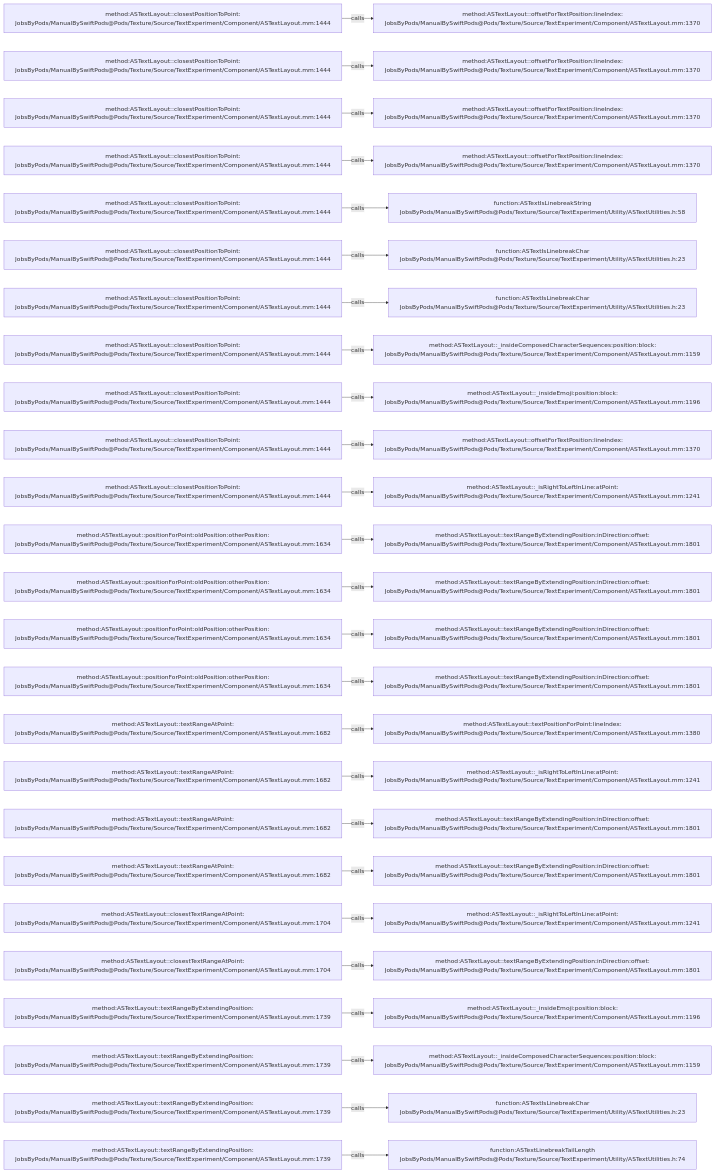
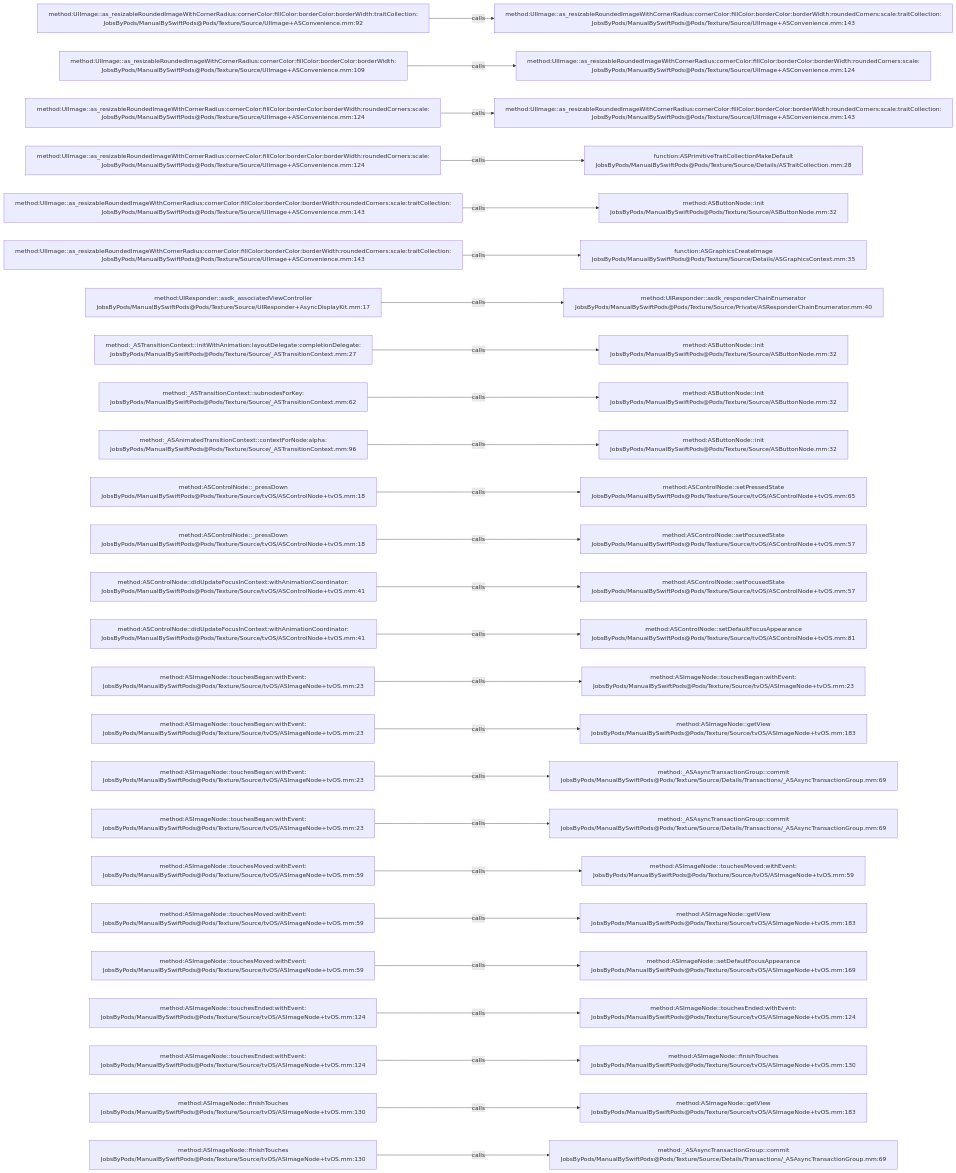
One commit to JobsKits/JobsSwiftBaseConfigDemo changed the diagram in .codegraph/codegraph.md/graphs/calls-152.md. Above: the diagram before and after it, drawn with Mermaid. The commit also changed 832 other files, not shown here.

````diff
--- a/.codegraph/codegraph.md/graphs/calls-152.md
+++ b/.codegraph/codegraph.md/graphs/calls-152.md
@@ -13,78 +13,78 @@
 ```mermaid
 flowchart LR
-  S1["method:ASTextLayout::closestPositionToPoint:<br/>JobsByPods/ManualBySwiftPods@Pods/Texture/Source/TextExperiment/Component/ASTextLayout.mm:1444"]
-  T1["method:ASTextLayout::offsetForTextPosition:lineIndex:<br/>JobsByPods/ManualBySwiftPods@Pods/Texture/Source/TextExperiment/Component/ASTextLayout.mm:1370"]
+  S1["method:UIImage::as_resizableRoundedImageWithCornerRadius:cornerColor:fillColor:borderColor:borderWidth:traitCollection:<br/>JobsByPods/ManualBySwiftPods@Pods/Texture/Source/UIImage+ASConvenience.mm:92"]
+  T1["method:UIImage::as_resizableRoundedImageWithCornerRadius:cornerColor:fillColor:borderColor:borderWidth:roundedCorners:scale:traitCollection:<br/>JobsByPods/ManualBySwiftPods@Pods/Texture/Source/UIImage+ASConvenience.mm:143"]
   S1 -->|calls| T1
-  S2["method:ASTextLayout::closestPositionToPoint:<br/>JobsByPods/ManualBySwiftPods@Pods/Texture/Source/TextExperiment/Component/ASTextLayout.mm:1444"]
-  T2["method:ASTextLayout::offsetForTextPosition:lineIndex:<br/>JobsByPods/ManualBySwiftPods@Pods/Texture/Source/TextExperiment/Component/ASTextLayout.mm:1370"]
+  S2["method:UIImage::as_resizableRoundedImageWithCornerRadius:cornerColor:fillColor:borderColor:borderWidth:<br/>JobsByPods/ManualBySwiftPods@Pods/Texture/Source/UIImage+ASConvenience.mm:109"]
+  T2["method:UIImage::as_resizableRoundedImageWithCornerRadius:cornerColor:fillColor:borderColor:borderWidth:roundedCorners:scale:<br/>JobsByPods/ManualBySwiftPods@Pods/Texture/Source/UIImage+ASConvenience.mm:124"]
   S2 -->|calls| T2
-  S3["method:ASTextLayout::closestPositionToPoint:<br/>JobsByPods/ManualBySwiftPods@Pods/Texture/Source/TextExperiment/Component/ASTextLayout.mm:1444"]
-  T3["method:ASTextLayout::offsetForTextPosition:lineIndex:<br/>JobsByPods/ManualBySwiftPods@Pods/Texture/Source/TextExperiment/Component/ASTextLayout.mm:1370"]
+  S3["method:UIImage::as_resizableRoundedImageWithCornerRadius:cornerColor:fillColor:borderColor:borderWidth:roundedCorners:scale:<br/>JobsByPods/ManualBySwiftPods@Pods/Texture/Source/UIImage+ASConvenience.mm:124"]
+  T3["method:UIImage::as_resizableRoundedImageWithCornerRadius:cornerColor:fillColor:borderColor:borderWidth:roundedCorners:scale:traitCollection:<br/>JobsByPods/ManualBySwiftPods@Pods/Texture/Source/UIImage+ASConvenience.mm:143"]
   S3 -->|calls| T3
-  S4["method:ASTextLayout::closestPositionToPoint:<br/>JobsByPods/ManualBySwiftPods@Pods/Texture/Source/TextExperiment/Component/ASTextLayout.mm:1444"]
-  T4["method:ASTextLayout::offsetForTextPosition:lineIndex:<br/>JobsByPods/ManualBySwiftPods@Pods/Texture/Source/TextExperiment/Component/ASTextLayout.mm:1370"]
+  S4["method:UIImage::as_resizableRoundedImageWithCornerRadius:cornerColor:fillColor:borderColor:borderWidth:roundedCorners:scale:<br/>JobsByPods/ManualBySwiftPods@Pods/Texture/Source/UIImage+ASConvenience.mm:124"]
+  T4["function:ASPrimitiveTraitCollectionMakeDefault<br/>JobsByPods/ManualBySwiftPods@Pods/Texture/Source/Details/ASTraitCollection.mm:28"]
   S4 -->|calls| T4
-  S5["method:ASTextLayout::closestPositionToPoint:<br/>JobsByPods/ManualBySwiftPods@Pods/Texture/Source/TextExperiment/Component/ASTextLayout.mm:1444"]
-  T5["function:ASTextIsLinebreakString<br/>JobsByPods/ManualBySwiftPods@Pods/Texture/Source/TextExperiment/Utility/ASTextUtilities.h:58"]
+  S5["method:UIImage::as_resizableRoundedImageWithCornerRadius:cornerColor:fillColor:borderColor:borderWidth:roundedCorners:scale:traitCollection:<br/>JobsByPods/ManualBySwiftPods@Pods/Texture/Source/UIImage+ASConvenience.mm:143"]
+  T5["method:ASButtonNode::init<br/>JobsByPods/ManualBySwiftPods@Pods/Texture/Source/ASButtonNode.mm:32"]
   S5 -->|calls| T5
-  S6["method:ASTextLayout::closestPositionToPoint:<br/>JobsByPods/ManualBySwiftPods@Pods/Texture/Source/TextExperiment/Component/ASTextLayout.mm:1444"]
-  T6["function:ASTextIsLinebreakChar<br/>JobsByPods/ManualBySwiftPods@Pods/Texture/Source/TextExperiment/Utility/ASTextUtilities.h:23"]
+  S6["method:UIImage::as_resizableRoundedImageWithCornerRadius:cornerColor:fillColor:borderColor:borderWidth:roundedCorners:scale:traitCollection:<br/>JobsByPods/ManualBySwiftPods@Pods/Texture/Source/UIImage+ASConvenience.mm:143"]
+  T6["function:ASGraphicsCreateImage<br/>JobsByPods/ManualBySwiftPods@Pods/Texture/Source/Details/ASGraphicsContext.mm:35"]
   S6 -->|calls| T6
-  S7["method:ASTextLayout::closestPositionToPoint:<br/>JobsByPods/ManualBySwiftPods@Pods/Texture/Source/TextExperiment/Component/ASTextLayout.mm:1444"]
-  T7["function:ASTextIsLinebreakChar<br/>JobsByPods/ManualBySwiftPods@Pods/Texture/Source/TextExperiment/Utility/ASTextUtilities.h:23"]
+  S7["method:UIResponder::asdk_associatedViewController<br/>JobsByPods/ManualBySwiftPods@Pods/Texture/Source/UIResponder+AsyncDisplayKit.mm:17"]
+  T7["method:UIResponder::asdk_responderChainEnumerator<br/>JobsByPods/ManualBySwiftPods@Pods/Texture/Source/Private/ASResponderChainEnumerator.mm:40"]
   S7 -->|calls| T7
-  S8["method:ASTextLayout::closestPositionToPoint:<br/>JobsByPods/ManualBySwiftPods@Pods/Texture/Source/TextExperiment/Component/ASTextLayout.mm:1444"]
-  T8["method:ASTextLayout::_insideComposedCharacterSequences:position:block:<br/>JobsByPods/ManualBySwiftPods@Pods/Texture/Source/TextExperiment/Component/ASTextLayout.mm:1159"]
+  S8["method:_ASTransitionContext::initWithAnimation:layoutDelegate:completionDelegate:<br/>JobsByPods/ManualBySwiftPods@Pods/Texture/Source/_ASTransitionContext.mm:27"]
+  T8["method:ASButtonNode::init<br/>JobsByPods/ManualBySwiftPods@Pods/Texture/Source/ASButtonNode.mm:32"]
   S8 -->|calls| T8
-  S9["method:ASTextLayout::closestPositionToPoint:<br/>JobsByPods/ManualBySwiftPods@Pods/Texture/Source/TextExperiment/Component/ASTextLayout.mm:1444"]
-  T9["method:ASTextLayout::_insideEmoji:position:block:<br/>JobsByPods/ManualBySwiftPods@Pods/Texture/Source/TextExperiment/Component/ASTextLayout.mm:1196"]
+  S9["method:_ASTransitionContext::subnodesForKey:<br/>JobsByPods/ManualBySwiftPods@Pods/Texture/Source/_ASTransitionContext.mm:62"]
+  T9["method:ASButtonNode::init<br/>JobsByPods/ManualBySwiftPods@Pods/Texture/Source/ASButtonNode.mm:32"]
   S9 -->|calls| T9
-  S10["method:ASTextLayout::closestPositionToPoint:<br/>JobsByPods/ManualBySwiftPods@Pods/Texture/Source/TextExperiment/Component/ASTextLayout.mm:1444"]
-  T10["method:ASTextLayout::offsetForTextPosition:lineIndex:<br/>JobsByPods/ManualBySwiftPods@Pods/Texture/Source/TextExperiment/Component/ASTextLayout.mm:1370"]
+  S10["method:_ASAnimatedTransitionContext::contextForNode:alpha:<br/>JobsByPods/ManualBySwiftPods@Pods/Texture/Source/_ASTransitionContext.mm:96"]
+  T10["method:ASButtonNode::init<br/>JobsByPods/ManualBySwiftPods@Pods/Texture/Source/ASButtonNode.mm:32"]
   S10 -->|calls| T10
-  S11["method:ASTextLayout::closestPositionToPoint:<br/>JobsByPods/ManualBySwiftPods@Pods/Texture/Source/TextExperiment/Component/ASTextLayout.mm:1444"]
-  T11["method:ASTextLayout::_isRightToLeftInLine:atPoint:<br/>JobsByPods/ManualBySwiftPods@Pods/Texture/Source/TextExperiment/Component/ASTextLayout.mm:1241"]
+  S11["method:ASControlNode::_pressDown<br/>JobsByPods/ManualBySwiftPods@Pods/Texture/Source/tvOS/ASControlNode+tvOS.mm:18"]
+  T11["method:ASControlNode::setPressedState<br/>JobsByPods/ManualBySwiftPods@Pods/Texture/Source/tvOS/ASControlNode+tvOS.mm:65"]
   S11 -->|calls| T11
-  S12["method:ASTextLayout::positionForPoint:oldPosition:otherPosition:<br/>JobsByPods/ManualBySwiftPods@Pods/Texture/Source/TextExperiment/Component/ASTextLayout.mm:1634"]
-  T12["method:ASTextLayout::textRangeByExtendingPosition:inDirection:offset:<br/>JobsByPods/ManualBySwiftPods@Pods/Texture/Source/TextExperiment/Component/ASTextLayout.mm:1801"]
+  S12["method:ASControlNode::_pressDown<br/>JobsByPods/ManualBySwiftPods@Pods/Texture/Source/tvOS/ASControlNode+tvOS.mm:18"]
+  T12["method:ASControlNode::setFocusedState<br/>JobsByPods/ManualBySwiftPods@Pods/Texture/Source/tvOS/ASControlNode+tvOS.mm:57"]
   S12 -->|calls| T12
-  S13["method:ASTextLayout::positionForPoint:oldPosition:otherPosition:<br/>JobsByPods/ManualBySwiftPods@Pods/Texture/Source/TextExperiment/Component/ASTextLayout.mm:1634"]
-  T13["method:ASTextLayout::textRangeByExtendingPosition:inDirection:offset:<br/>JobsByPods/ManualBySwiftPods@Pods/Texture/Source/TextExperiment/Component/ASTextLayout.mm:1801"]
+  S13["method:ASControlNode::didUpdateFocusInContext:withAnimationCoordinator:<br/>JobsByPods/ManualBySwiftPods@Pods/Texture/Source/tvOS/ASControlNode+tvOS.mm:41"]
+  T13["method:ASControlNode::setFocusedState<br/>JobsByPods/ManualBySwiftPods@Pods/Texture/Source/tvOS/ASControlNode+tvOS.mm:57"]
   S13 -->|calls| T13
-  S14["method:ASTextLayout::positionForPoint:oldPosition:otherPosition:<br/>JobsByPods/ManualBySwiftPods@Pods/Texture/Source/TextExperiment/Component/ASTextLayout.mm:1634"]
-  T14["method:ASTextLayout::textRangeByExtendingPosition:inDirection:offset:<br/>JobsByPods/ManualBySwiftPods@Pods/Texture/Source/TextExperiment/Component/ASTextLayout.mm:1801"]
+  S14["method:ASControlNode::didUpdateFocusInContext:withAnimationCoordinator:<br/>JobsByPods/ManualBySwiftPods@Pods/Texture/Source/tvOS/ASControlNode+tvOS.mm:41"]
+  T14["method:ASControlNode::setDefaultFocusAppearance<br/>JobsByPods/ManualBySwiftPods@Pods/Texture/Source/tvOS/ASControlNode+tvOS.mm:81"]
   S14 -->|calls| T14
-  S15["method:ASTextLayout::positionForPoint:oldPosition:otherPosition:<br/>JobsByPods/ManualBySwiftPods@Pods/Texture/Source/TextExperiment/Component/ASTextLayout.mm:1634"]
-  T15["method:ASTextLayout::textRangeByExtendingPosition:inDirection:offset:<br/>JobsByPods/ManualBySwiftPods@Pods/Texture/Source/TextExperiment/Component/ASTextLayout.mm:1801"]
+  S15["method:ASImageNode::touchesBegan:withEvent:<br/>JobsByPods/ManualBySwiftPods@Pods/Texture/Source/tvOS/ASImageNode+tvOS.mm:23"]
+  T15["method:ASImageNode::touchesBegan:withEvent:<br/>JobsByPods/ManualBySwiftPods@Pods/Texture/Source/tvOS/ASImageNode+tvOS.mm:23"]
   S15 -->|calls| T15
-  S16["method:ASTextLayout::textRangeAtPoint:<br/>JobsByPods/ManualBySwiftPods@Pods/Texture/Source/TextExperiment/Component/ASTextLayout.mm:1682"]
-  T16["method:ASTextLayout::textPositionForPoint:lineIndex:<br/>JobsByPods/ManualBySwiftPods@Pods/Texture/Source/TextExperiment/Component/ASTextLayout.mm:1380"]
+  S16["method:ASImageNode::touchesBegan:withEvent:<br/>JobsByPods/ManualBySwiftPods@Pods/Texture/Source/tvOS/ASImageNode+tvOS.mm:23"]
+  T16["method:ASImageNode::getView<br/>JobsByPods/ManualBySwiftPods@Pods/Texture/Source/tvOS/ASImageNode+tvOS.mm:183"]
   S16 -->|calls| T16
-  S17["method:ASTextLayout::textRangeAtPoint:<br/>JobsByPods/ManualBySwiftPods@Pods/Texture/Source/TextExperiment/Component/ASTextLayout.mm:1682"]
-  T17["method:ASTextLayout::_isRightToLeftInLine:atPoint:<br/>JobsByPods/ManualBySwiftPods@Pods/Texture/Source/TextExperiment/Component/ASTextLayout.mm:1241"]
+  S17["method:ASImageNode::touchesBegan:withEvent:<br/>JobsByPods/ManualBySwiftPods@Pods/Texture/Source/tvOS/ASImageNode+tvOS.mm:23"]
+  T17["method:_ASAsyncTransactionGroup::commit<br/>JobsByPods/ManualBySwiftPods@Pods/Texture/Source/Details/Transactions/_ASAsyncTransactionGroup.mm:69"]
   S17 -->|calls| T17
-  S18["method:ASTextLayout::textRangeAtPoint:<br/>JobsByPods/ManualBySwiftPods@Pods/Texture/Source/TextExperiment/Component/ASTextLayout.mm:1682"]
-  T18["method:ASTextLayout::textRangeByExtendingPosition:inDirection:offset:<br/>JobsByPods/ManualBySwiftPods@Pods/Texture/Source/TextExperiment/Component/ASTextLayout.mm:1801"]
+  S18["method:ASImageNode::touchesBegan:withEvent:<br/>JobsByPods/ManualBySwiftPods@Pods/Texture/Source/tvOS/ASImageNode+tvOS.mm:23"]
+  T18["method:_ASAsyncTransactionGroup::commit<br/>JobsByPods/ManualBySwiftPods@Pods/Texture/Source/Details/Transactions/_ASAsyncTransactionGroup.mm:69"]
   S18 -->|calls| T18
-  S19["method:ASTextLayout::textRangeAtPoint:<br/>JobsByPods/ManualBySwiftPods@Pods/Texture/Source/TextExperiment/Component/ASTextLayout.mm:1682"]
-  T19["method:ASTextLayout::textRangeByExtendingPosition:inDirection:offset:<br/>JobsByPods/ManualBySwiftPods@Pods/Texture/Source/TextExperiment/Component/ASTextLayout.mm:1801"]
+  S19["method:ASImageNode::touchesMoved:withEvent:<br/>JobsByPods/ManualBySwiftPods@Pods/Texture/Source/tvOS/ASImageNode+tvOS.mm:59"]
+  T19["method:ASImageNode::touchesMoved:withEvent:<br/>JobsByPods/ManualBySwiftPods@Pods/Texture/Source/tvOS/ASImageNode+tvOS.mm:59"]
   S19 -->|calls| T19
-  S20["method:ASTextLayout::closestTextRangeAtPoint:<br/>JobsByPods/ManualBySwiftPods@Pods/Texture/Source/TextExperiment/Component/ASTextLayout.mm:1704"]
-  T20["method:ASTextLayout::_isRightToLeftInLine:atPoint:<br/>JobsByPods/ManualBySwiftPods@Pods/Texture/Source/TextExperiment/Component/ASTextLayout.mm:1241"]
+  S20["method:ASImageNode::touchesMoved:withEvent:<br/>JobsByPods/ManualBySwiftPods@Pods/Texture/Source/tvOS/ASImageNode+tvOS.mm:59"]
+  T20["method:ASImageNode::getView<br/>JobsByPods/ManualBySwiftPods@Pods/Texture/Source/tvOS/ASImageNode+tvOS.mm:183"]
   S20 -->|calls| T20
-  S21["method:ASTextLayout::closestTextRangeAtPoint:<br/>JobsByPods/ManualBySwiftPods@Pods/Texture/Source/TextExperiment/Component/ASTextLayout.mm:1704"]
-  T21["method:ASTextLayout::textRangeByExtendingPosition:inDirection:offset:<br/>JobsByPods/ManualBySwiftPods@Pods/Texture/Source/TextExperiment/Component/ASTextLayout.mm:1801"]
+  S21["method:ASImageNode::touchesMoved:withEvent:<br/>JobsByPods/ManualBySwiftPods@Pods/Texture/Source/tvOS/ASImageNode+tvOS.mm:59"]
+  T21["method:ASImageNode::setDefaultFocusAppearance<br/>JobsByPods/ManualBySwiftPods@Pods/Texture/Source/tvOS/ASImageNode+tvOS.mm:169"]
   S21 -->|calls| T21
-  S22["method:ASTextLayout::textRangeByExtendingPosition:<br/>JobsByPods/ManualBySwiftPods@Pods/Texture/Source/TextExperiment/Component/ASTextLayout.mm:1739"]
-  T22["method:ASTextLayout::_insideEmoji:position:block:<br/>JobsByPods/ManualBySwiftPods@Pods/Texture/Source/TextExperiment/Component/ASTextLayout.mm:1196"]
+  S22["method:ASImageNode::touchesEnded:withEvent:<br/>JobsByPods/ManualBySwiftPods@Pods/Texture/Source/tvOS/ASImageNode+tvOS.mm:124"]
+  T22["method:ASImageNode::touchesEnded:withEvent:<br/>JobsByPods/ManualBySwiftPods@Pods/Texture/Source/tvOS/ASImageNode+tvOS.mm:124"]
   S22 -->|calls| T22
-  S23["method:ASTextLayout::textRangeByExtendingPosition:<br/>JobsByPods/ManualBySwiftPods@Pods/Texture/Source/TextExperiment/Component/ASTextLayout.mm:1739"]
-  T23["method:ASTextLayout::_insideComposedCharacterSequences:position:block:<br/>JobsByPods/ManualBySwiftPods@Pods/Texture/Source/TextExperiment/Component/ASTextLayout.mm:1159"]
+  S23["method:ASImageNode::touchesEnded:withEvent:<br/>JobsByPods/ManualBySwiftPods@Pods/Texture/Source/tvOS/ASImageNode+tvOS.mm:124"]
+  T23["method:ASImageNode::finishTouches<br/>JobsByPods/ManualBySwiftPods@Pods/Texture/Source/tvOS/ASImageNode+tvOS.mm:130"]
   S23 -->|calls| T23
-  S24["method:ASTextLayout::textRangeByExtendingPosition:<br/>JobsByPods/ManualBySwiftPods@Pods/Texture/Source/TextExperiment/Component/ASTextLayout.mm:1739"]
-  T24["function:ASTextIsLinebreakChar<br/>JobsByPods/ManualBySwiftPods@Pods/Texture/Source/TextExperiment/Utility/ASTextUtilities.h:23"]
+  S24["method:ASImageNode::finishTouches<br/>JobsByPods/ManualBySwiftPods@Pods/Texture/Source/tvOS/ASImageNode+tvOS.mm:130"]
+  T24["method:ASImageNode::getView<br/>JobsByPods/ManualBySwiftPods@Pods/Texture/Source/tvOS/ASImageNode+tvOS.mm:183"]
   S24 -->|calls| T24
-  S25["method:ASTextLayout::textRangeByExtendingPosition:<br/>JobsByPods/ManualBySwiftPods@Pods/Texture/Source/TextExperiment/Component/ASTextLayout.mm:1739"]
-  T25["function:ASTextLinebreakTailLength<br/>JobsByPods/ManualBySwiftPods@Pods/Texture/Source/TextExperiment/Utility/ASTextUtilities.h:74"]
+  S25["method:ASImageNode::finishTouches<br/>JobsByPods/ManualBySwiftPods@Pods/Texture/Source/tvOS/ASImageNode+tvOS.mm:130"]
+  T25["method:_ASAsyncTransactionGroup::commit<br/>JobsByPods/ManualBySwiftPods@Pods/Texture/Source/Details/Transactions/_ASAsyncTransactionGroup.mm:69"]
   S25 -->|calls| T25
 ```
````
